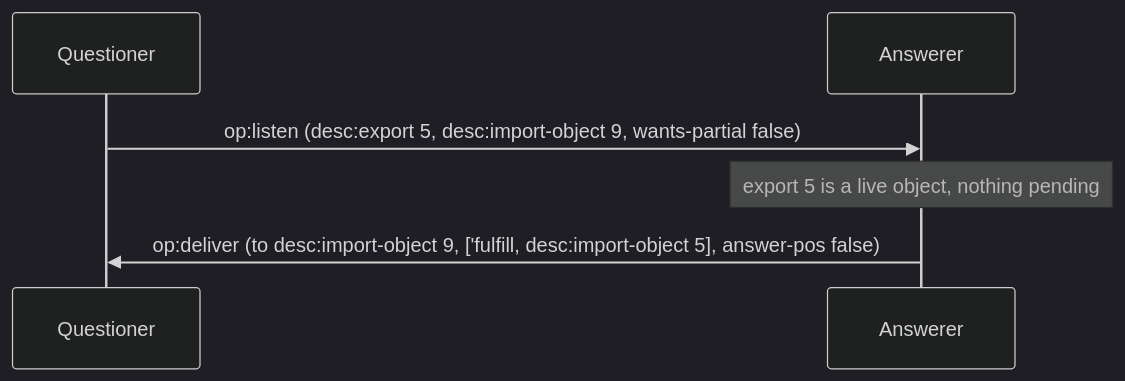
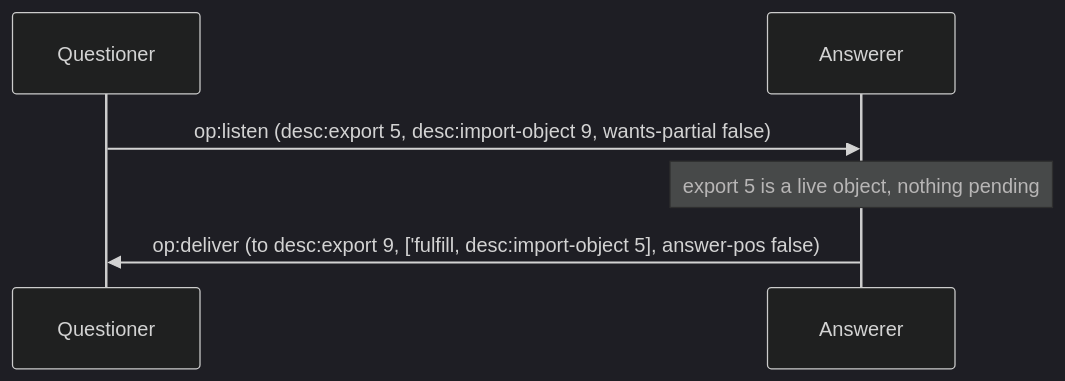
The seventh of 7 diagrams in docs/protocol-diagrams/03-promises-and-pipelining.md (glowcap-org/glowcap), drawn with Mermaid (dark theme) before and after one commit. The commit also changed other lines of this file and 419 other files, not shown here.

````diff
--- a/docs/protocol-diagrams/03-promises-and-pipelining.md
+++ b/docs/protocol-diagrams/03-promises-and-pipelining.md
@@ -120,8 +120,8 @@
 ```mermaid
 sequenceDiagram
     participant Q as Questioner
     participant R as Answerer
     Q->>R: op:listen (desc:export 5, desc:import-object 9, wants-partial false)
     Note over R: export 5 is a live object, nothing pending
-    R->>Q: op:deliver (to desc:import-object 9, ['fulfill, desc:import-object 5], answer-pos false)
+    R->>Q: op:deliver (to desc:export 9, ['fulfill, desc:import-object 5], answer-pos false)
 ```
````
